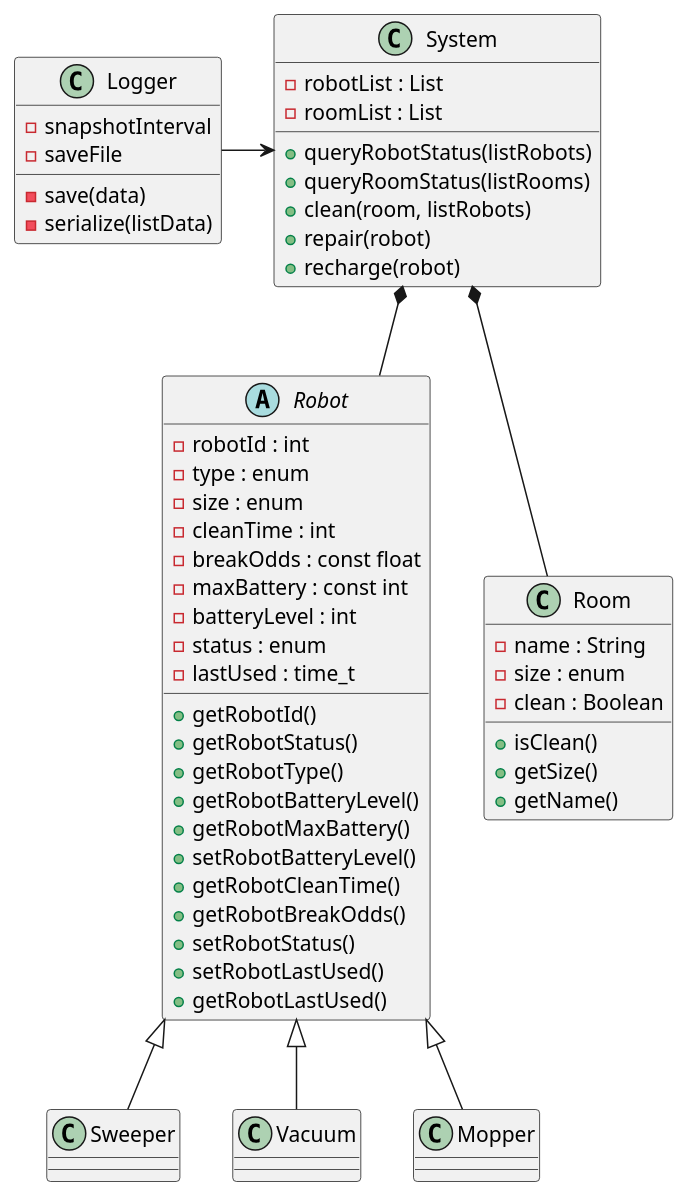
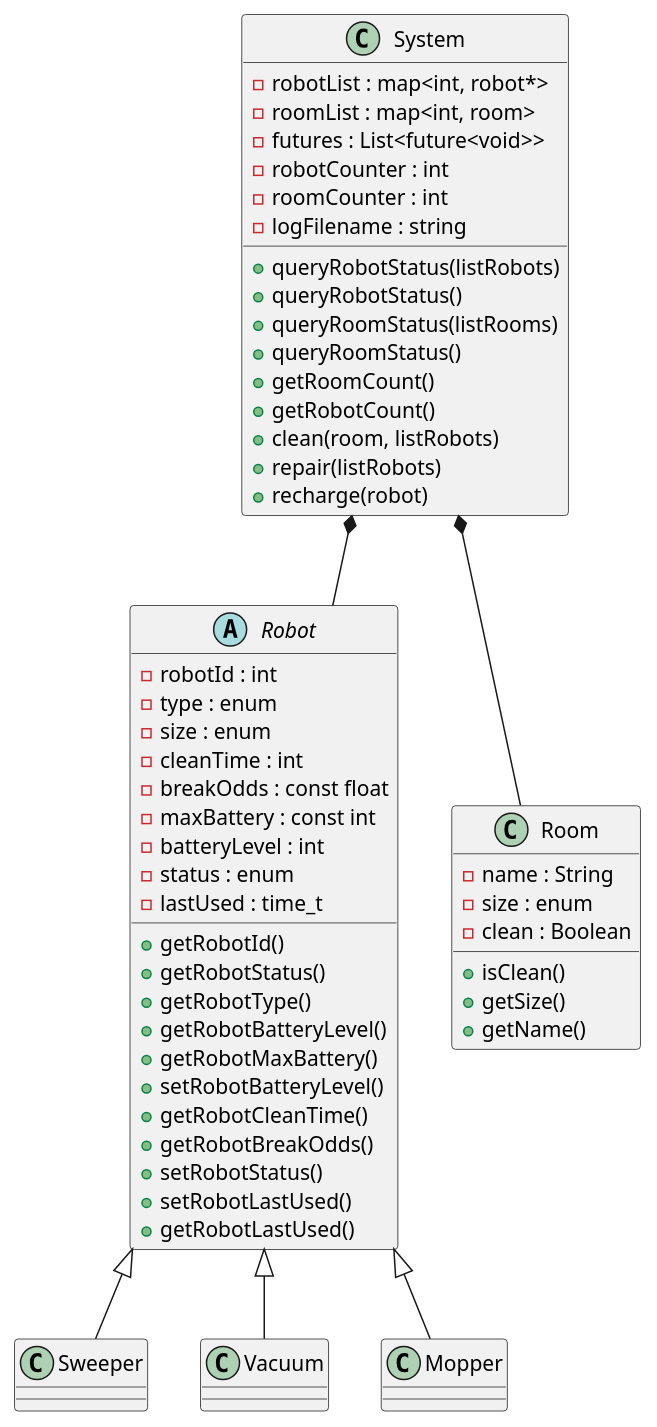
One commit to arisk02/robot-fleet-management-system changed the diagram in docs/design/class_diagram/class_diagram.puml. Above: the diagram before and after it, drawn with PlantUML.

Commit message:
updated cleaningSystem class in class diagram

```diff
--- a/docs/design/class_diagram/class_diagram.puml
+++ b/docs/design/class_diagram/class_diagram.puml
@@ -1,57 +1,59 @@
 @startuml
 Class System{
-    -robotList : List
-    -roomList : List
+    -robotList : map<int, robot*>
+    -roomList : map<int, room>
+    -futures : List<future<void>>
+    -robotCounter : int
+    -roomCounter : int
+    -logFilename : string
+
     +queryRobotStatus(listRobots)
+    +queryRobotStatus()
     +queryRoomStatus(listRooms)
+    +queryRoomStatus()
+    +getRoomCount()
+    +getRobotCount()
     +clean(room, listRobots)
-    +repair(robot)
+    +repair(listRobots)
     +recharge(robot)
 }
 Abstract class Robot{
     -robotId : int
     -type : enum
     -size : enum
     -cleanTime : int
     -breakOdds : const float
     -maxBattery : const int
     -batteryLevel : int
     -status : enum
     -lastUsed : time_t
     +getRobotId()
     +getRobotStatus()
     +getRobotType()
     +getRobotBatteryLevel()
     +getRobotMaxBattery()
     +setRobotBatteryLevel()
     +getRobotCleanTime()
     +getRobotBreakOdds()
     +setRobotStatus()
     +setRobotLastUsed()
     +getRobotLastUsed()
 }
 class Sweeper
 class Vacuum
 class Mopper
 class Room{
     -name : String
     -size : enum
     -clean : Boolean
     +isClean()
     +getSize()
     +getName()
 }
-class Logger{
-    -snapshotInterval
-    -saveFile
-    -save(data)
-    -serialize(listData)
-}
 System *-- Robot
 Robot <|-- Sweeper
 Robot <|-- Vacuum
 Robot <|-- Mopper
 System *-- Room
-Logger -> System
 
 @enduml
```
